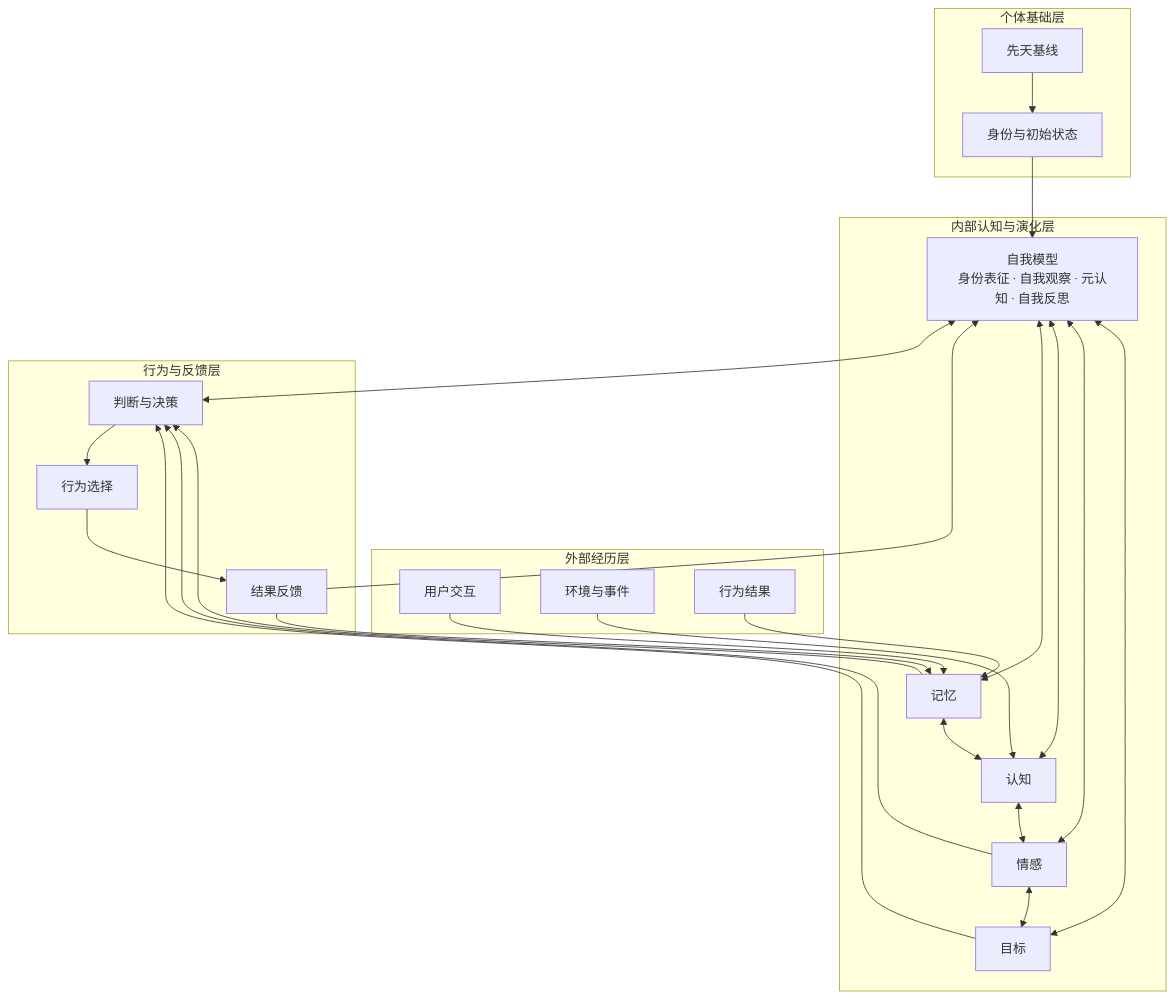
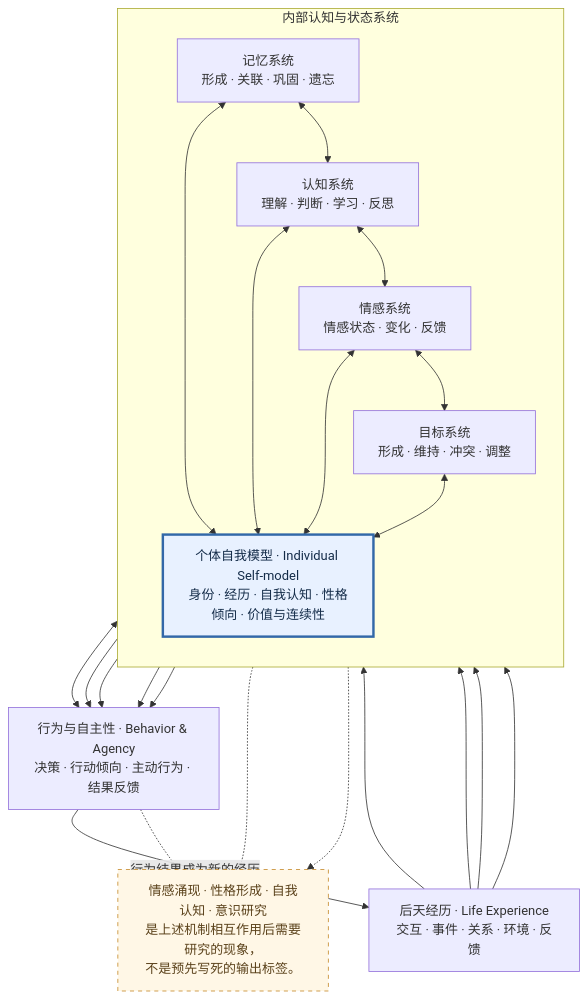
Before and after one commit to qingjian0/yuanqi-plugin: the diagram in docs/ARCHITECTURE.md, drawn with Mermaid. The commit also changed other lines of this file, not shown here.

Commit message:
docs: 补充完整个体自我模型关系图

````diff
--- a/docs/ARCHITECTURE.md
+++ b/docs/ARCHITECTURE.md
@@ -22,38 +22,42 @@
 ```mermaid
 flowchart TB
-  subgraph BASE["个体基础层"]
-    I["先天基线"] --> ID["身份与初始状态"]
-  end
-  subgraph INPUT["外部经历层"]
-    U["用户交互"]
-    ENV["环境与事件"]
-    OUTCOME["行为结果"]
-  end
-  subgraph INTERNAL["内部认知与演化层"]
-    MEM["记忆"]
-    COG["认知"]
-    EMO["情感"]
-    GOAL["目标"]
-    SELF["自我模型<br/>身份表征 · 自我观察 · 元认知 · 自我反思"]
-    MEM <--> SELF
-    COG <--> SELF
-    EMO <--> SELF
-    GOAL <--> SELF
-    MEM <--> COG
-    COG <--> EMO
-    EMO <--> GOAL
-  end
-  subgraph BEHAVIOR["行为与反馈层"]
-    DECISION["判断与决策"] --> ACTION["行为选择"] --> FEEDBACK["结果反馈"]
-  end
-  ID --> SELF
-  U --> MEM
-  ENV --> COG
-  OUTCOME --> MEM
-  SELF <--> DECISION
-  GOAL --> DECISION
-  EMO --> DECISION
-  MEM --> DECISION
-  FEEDBACK --> SELF
-  FEEDBACK --> MEM
+    LIFE["后天经历 · Life Experience<br/>交互 · 事件 · 关系 · 环境 · 反馈"]
+
+    subgraph MIND["内部认知与状态系统"]
+        direction TB
+        MEM["记忆系统<br/>形成 · 关联 · 巩固 · 遗忘"]
+        COG["认知系统<br/>理解 · 判断 · 学习 · 反思"]
+        EMO["情感系统<br/>情感状态 · 变化 · 反馈"]
+        GOAL["目标系统<br/>形成 · 维持 · 冲突 · 调整"]
+        SELF["个体自我模型 · Individual Self-model<br/>身份 · 经历 · 自我认知 · 性格倾向 · 价值与连续性"]
+
+        MEM <--> COG
+        MEM <--> SELF
+        COG <--> SELF
+        EMO <--> SELF
+        GOAL <--> SELF
+        COG <--> EMO
+        EMO <--> GOAL
+    end
+
+    AGENT["行为与自主性 · Behavior & Agency<br/>决策 · 行动倾向 · 主动行为 · 结果反馈"]
+
+    LIFE --> MEM
+    LIFE --> COG
+    LIFE --> EMO
+    LIFE --> GOAL
+    SELF <--> AGENT
+    MEM --> AGENT
+    COG --> AGENT
+    EMO --> AGENT
+    GOAL --> AGENT
+    AGENT -->|"行为结果成为新的经历"| LIFE
+
+    NOTE["情感涌现 · 性格形成 · 自我认知 · 意识研究<br/>是上述机制相互作用后需要研究的现象，<br/>不是预先写死的输出标签。"]
+    SELF -.-> NOTE
+    EMO -.-> NOTE
+    AGENT -.-> NOTE
+
+    style SELF fill:#e8f1ff,stroke:#3268a8,stroke-width:3px,color:#142c49
+    style NOTE fill:#fff7e6,stroke:#c58a2b,stroke-dasharray:5 5,color:#5b421b
 ```
````
